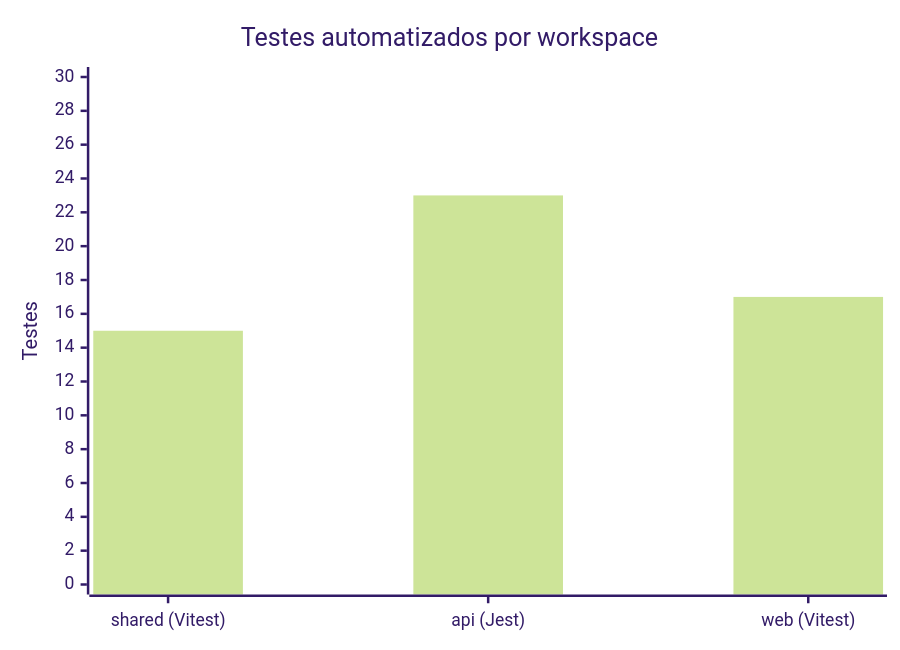
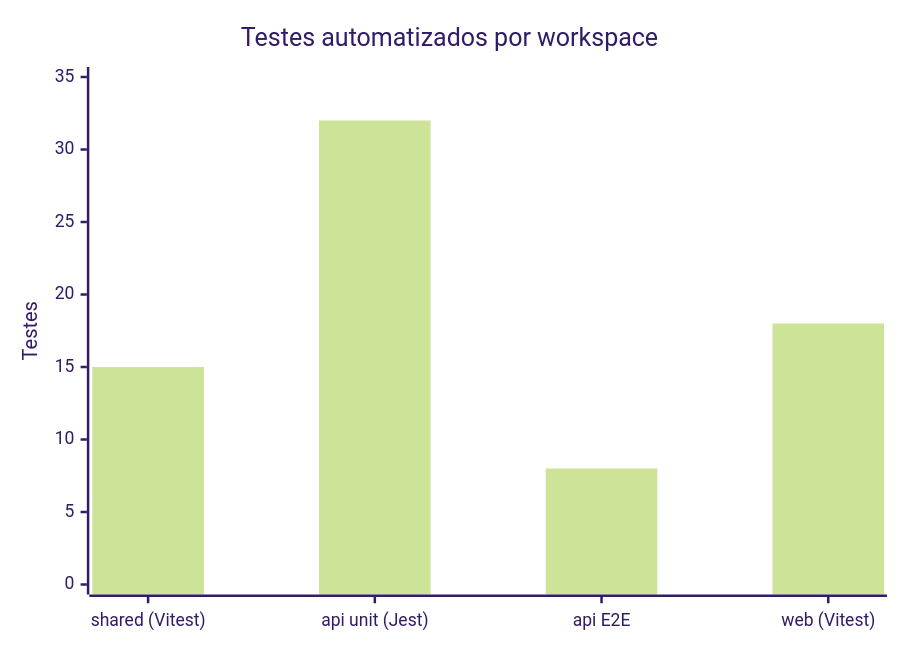
The ninth of 12 diagrams in README.md (Digooow/pokedex-frontend), drawn with Mermaid (forest theme) before and after one commit. The commit also changed other lines of this file and 60 other files, not shown here.

````diff
--- a/README.md
+++ b/README.md
@@ -516,7 +517,7 @@
 ```mermaid
 xychart-beta
   title "Testes automatizados por workspace"
-  x-axis ["shared (Vitest)", "api (Jest)", "web (Vitest)"]
-  y-axis "Testes" 0 --> 30
-  bar [15, 23, 17]
+  x-axis ["shared (Vitest)", "api unit (Jest)", "api E2E", "web (Vitest)"]
+  y-axis "Testes" 0 --> 35
+  bar [15, 32, 8, 18]
 ```
````
